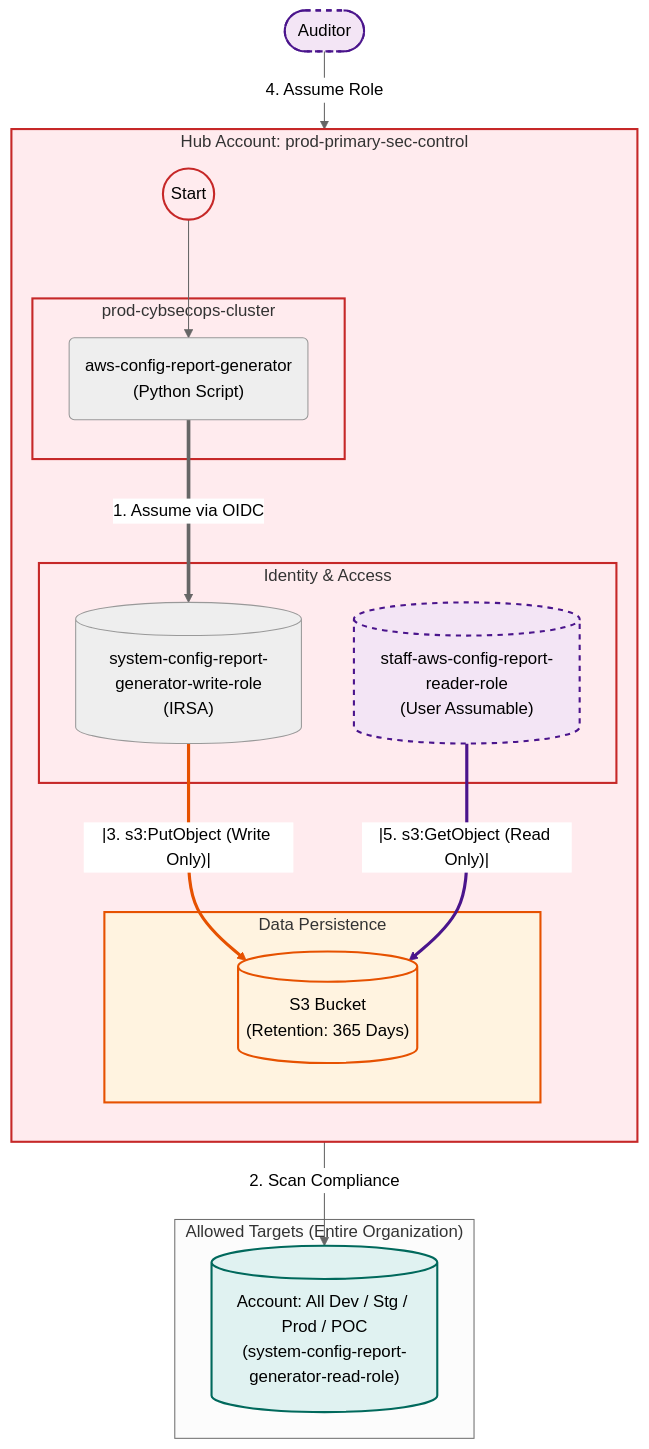
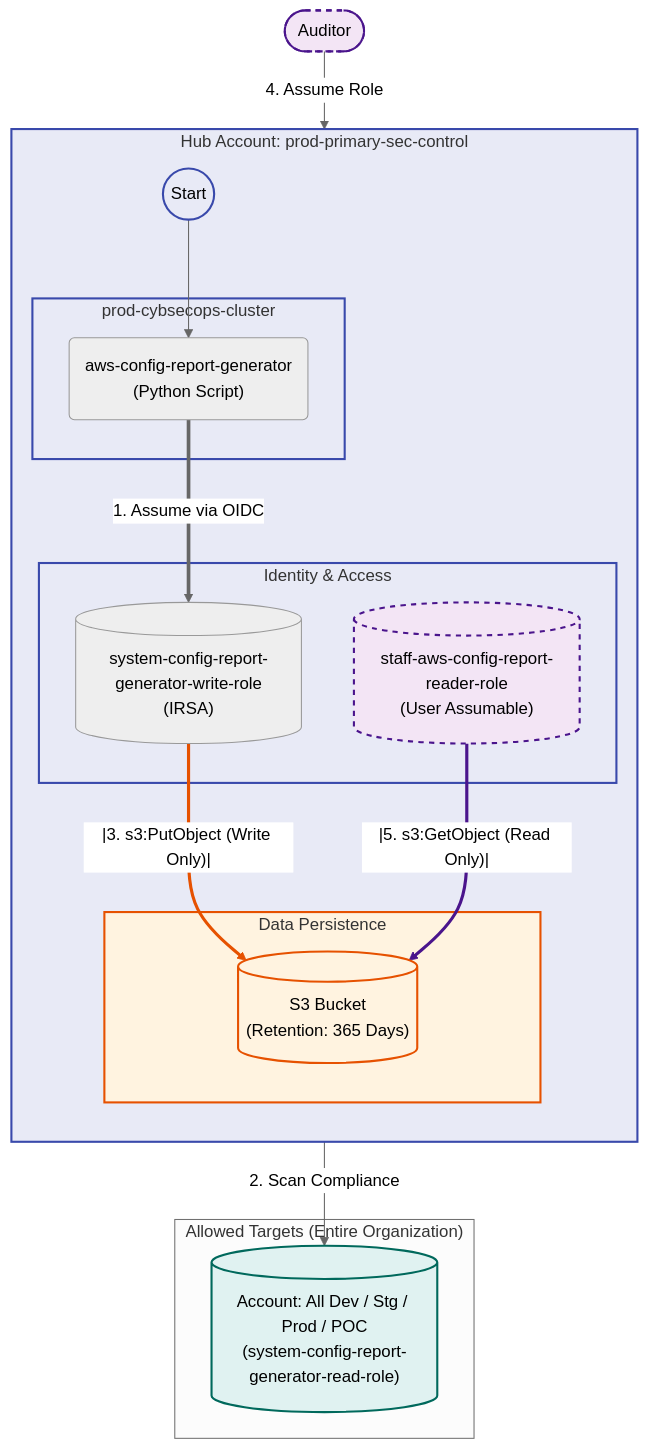
One commit to andy145155/shared changed the diagram in runbook.md. Above: the diagram before and after it, drawn with Mermaid (neutral theme).

````diff
--- a/runbook.md
+++ b/runbook.md
@@ -1,65 +1,66 @@
 ```mermaid
 flowchart TD
     %% Define Styles
-    classDef hub fill:#ffebee,stroke:#c62828,stroke-width:2px;
+    %% CHANGED: Hub is now Indigo (Blue-ish) instead of Red
+    classDef hub fill:#e8eaf6,stroke:#3949ab,stroke-width:2px;
     classDef spoke fill:#e0f2f1,stroke:#00695c,stroke-width:2px;
     classDef storage fill:#fff3e0,stroke:#e65100,stroke-width:2px;
     classDef user fill:#f3e5f5,stroke:#4a148c,stroke-width:2px,stroke-dasharray: 5 5;
     
     subgraph PROD_Hub ["Hub Account: prod-primary-sec-control"]
         direction TB
         
         %% Standard Start Node
         Start((Start))
 
         subgraph K8s ["prod-cybsecops-cluster"]
             CronJob("aws-config-report-generator<br>(Python Script)")
         end
 
         subgraph IAM ["Identity & Access"]
             WriterRole[("system-config-report-generator-write-role<br>(IRSA)")]
             ReaderRole[("staff-aws-config-report-reader-role<br>(User Assumable)")]
         end
 
         subgraph Data_Layer ["Data Persistence"]
             S3[("S3 Bucket<br>(Retention: 365 Days)")]
         end
     end
 
     subgraph Targets_All ["Allowed Targets (Entire Organization)"]
         AllSpokes[("Account: All Dev / Stg / Prod / POC<br>(system-config-report-generator-read-role)")]
     end
 
     User(["Auditor"])
 
     %% --- EXECUTION FLOW ---
     %% Link 0
     Start --> CronJob
     %% Link 1
     CronJob ==>|1. Assume via OIDC| WriterRole
     
     %% Audit Flow (Universal Access)
     %% Link 2
     WriterRole -->|2. Scan Compliance| AllSpokes
 
     %% --- S3 WRITE OPERATION ---
     %% Link 3 (Needs Styling: Orange)
     WriterRole == "|3. s3:PutObject (Write Only)|" ==> S3
 
     %% --- S3 READ OPERATION ---
     %% Link 4
     User -->|4. Assume Role| ReaderRole
     %% Link 5 (Needs Styling: Purple)
     ReaderRole == "|5. s3:GetObject (Read Only)|" ==> S3
 
     %% Styling
     class PROD_Hub,K8s,IAM hub;
     class AllSpokes spoke;
     class S3,Data_Layer storage;
     class User,ReaderRole user;
     class Start hub;
     
-    %% Link Styles (Indices corrected to 3 and 5)
+    %% Link Styles (Indices 3 and 5)
     linkStyle 3 stroke:#e65100,stroke-width:3px; 
     linkStyle 5 stroke:#4a148c,stroke-width:3px;
 ```
````
